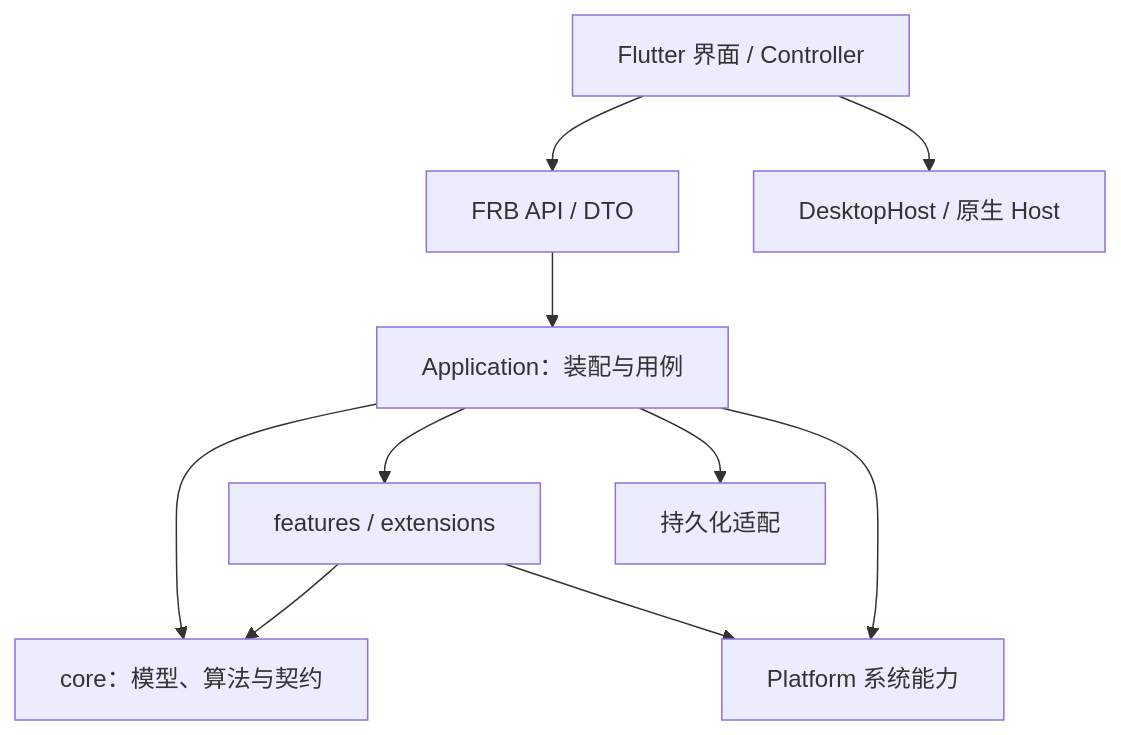
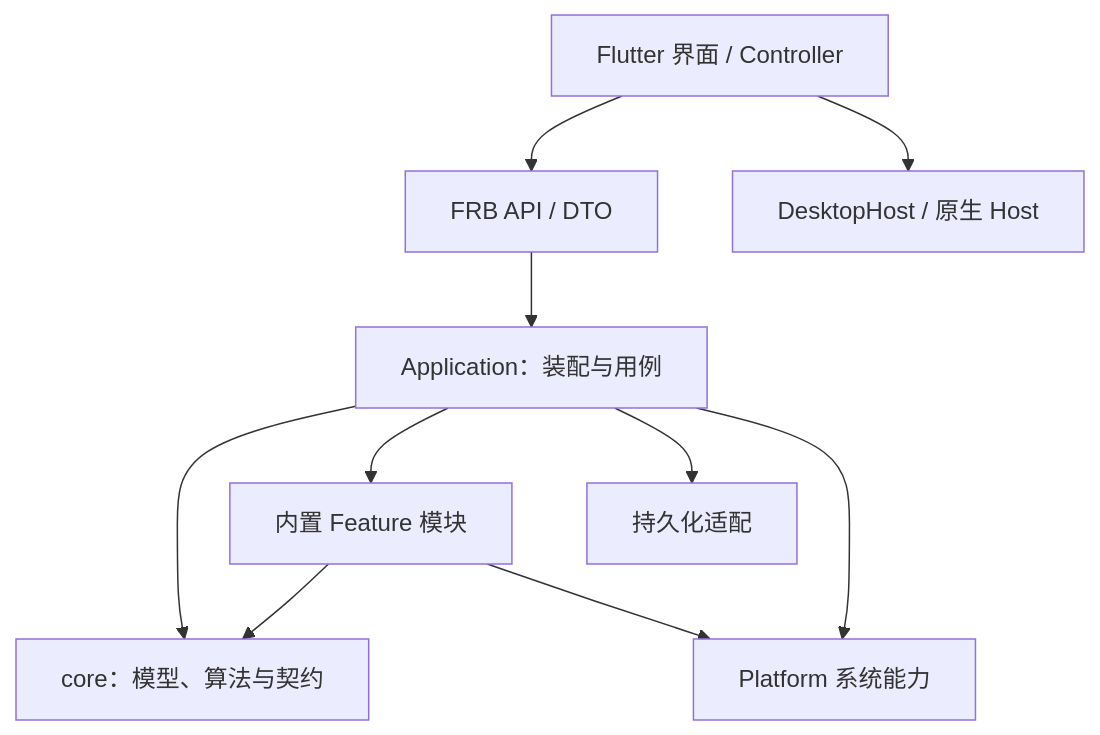
Before and after one commit to FantasyDream/Anywhere: the diagram in docs/architecture.md, drawn with Mermaid. The commit also changed other lines of this file and 162 other files, not shown here.

````diff
--- a/docs/architecture.md
+++ b/docs/architecture.md
@@ -7,12 +9,12 @@
 ```mermaid
 flowchart TD
     UI[Flutter 界面 / Controller] --> Bridge[FRB API / DTO]
     UI --> Host[DesktopHost / 原生 Host]
     Bridge --> App[Application：装配与用例]
     App --> Core[core：模型、算法与契约]
-    App --> Modules[features / extensions]
+    App --> Modules[内置 Feature 模块]
     Modules --> Core
     App --> Persistence[持久化适配]
     App --> Platform[Platform 系统能力]
     Modules --> Platform
 ```
````
